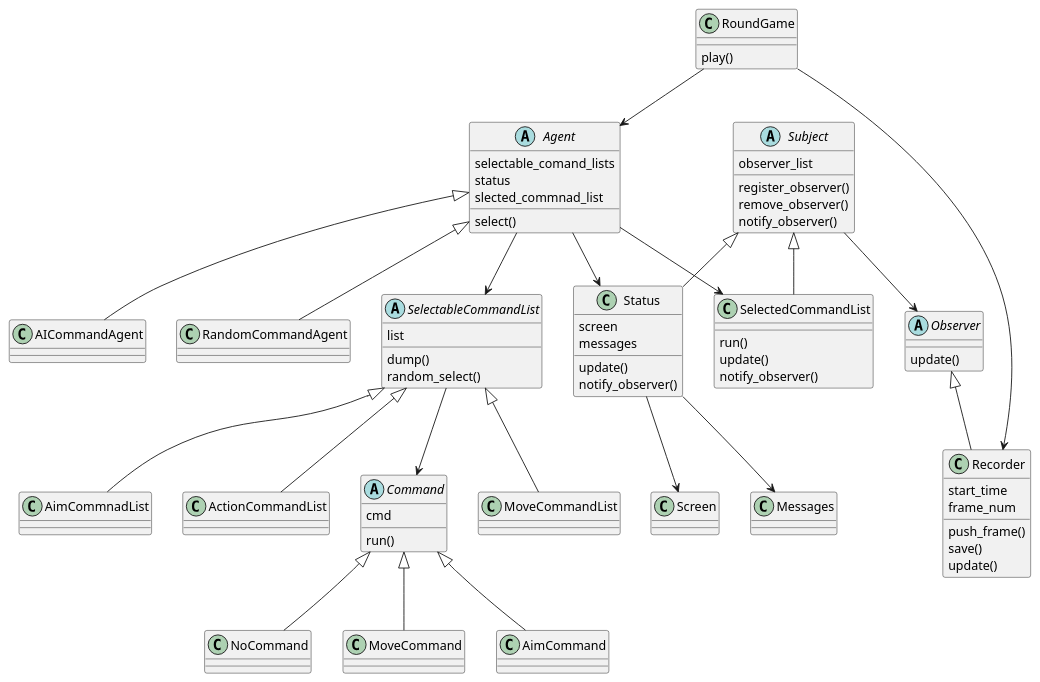
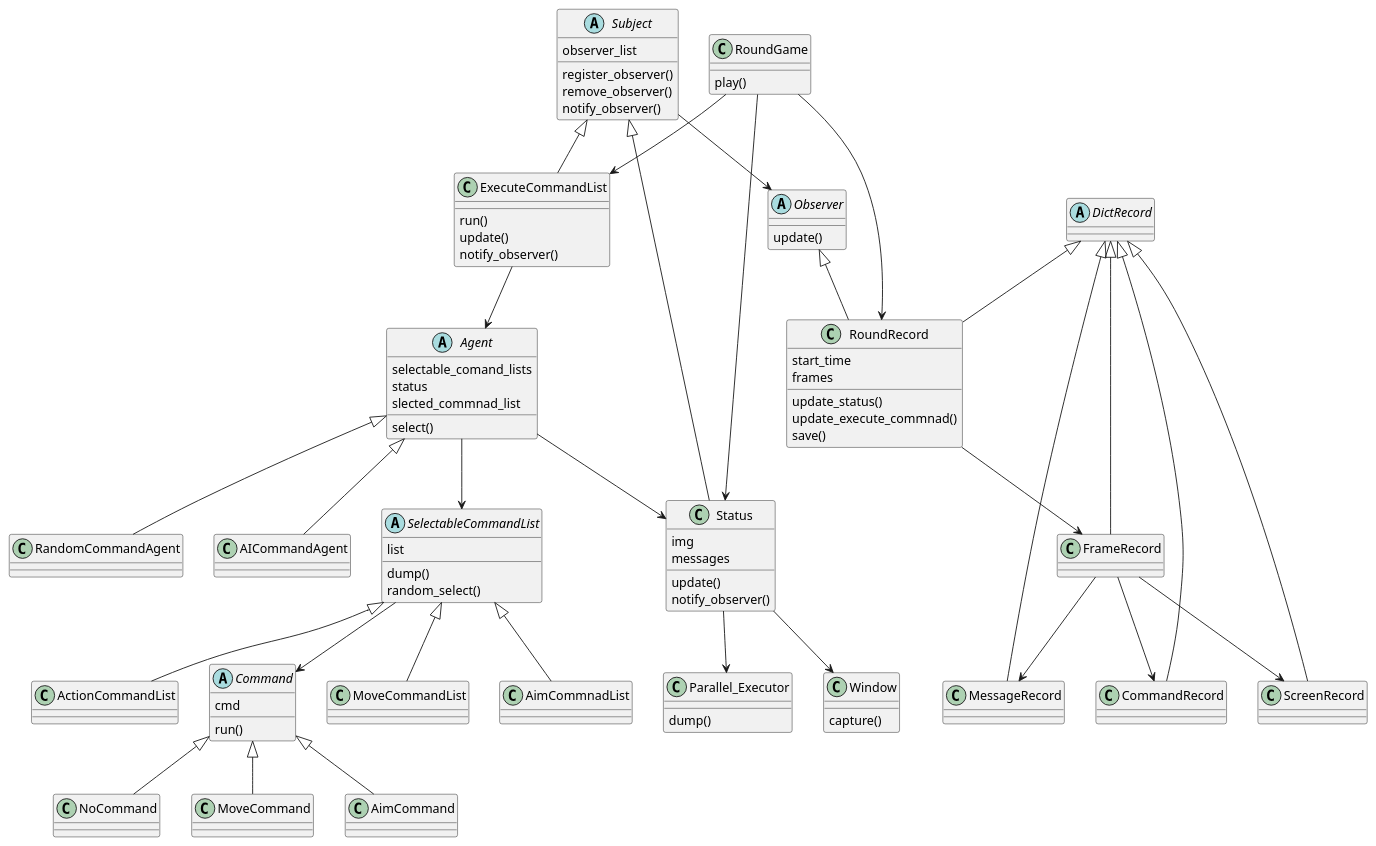
The diagram in src/model/model.plantuml (Tricolor-P/agent), drawn with PlantUML before and after one commit.

Commit message:
model update

```diff
--- a/src/model/model.plantuml
+++ b/src/model/model.plantuml
@@ -1,82 +1,104 @@
 @startuml
 class RoundGame {
   play()
 }
 abstract class Agent {
   selectable_comand_lists
   status
   slected_commnad_list
   select()
 }
 class RandomCommandAgent {
 }
 class AICommandAgent {
 }
 abstract class Observer {
  update()
 }
 abstract class Subject {
  observer_list
  register_observer()
  remove_observer()
  notify_observer()
 }
-class Recorder {
-  start_time
-  frame_num
-  push_frame()
-  save()
-  update()
-}
 abstract class Command {
   cmd
   run()
 }
 class NoCommand {
 }
 class MoveCommand {
 }
 class AimCommand {
 }
 abstract class SelectableCommandList {
  list
  dump()
  random_select()
 }
-class SelectedCommandList{
+class ExecuteCommandList{
  run()
  update()
  notify_observer()
 }
 class Status {
- screen
+ img
  messages
  update()
  notify_observer()
 }
-class Screen {
+class Window {
+  capture()
 }
-class Messages {
+class Parallel_Executor {
+  dump()
 }
+abstract class DictRecord {
+}
+class RoundRecord {
+  start_time
+  frames
+  update_status()
+  update_execute_commnad()
+  save()
+}
+class FrameRecord {
+}
+class ScreenRecord {
+}
+class MessageRecord {
+}
+class CommandRecord {
+}
+DictRecord <|-- RoundRecord
+DictRecord <|-- FrameRecord
+DictRecord <|-- ScreenRecord
+DictRecord <|-- MessageRecord
+DictRecord <|-- CommandRecord
+RoundRecord --> FrameRecord
+FrameRecord --> ScreenRecord
+FrameRecord --> MessageRecord
+FrameRecord --> CommandRecord
 
-Observer <|-- Recorder
-RoundGame --> Agent
-RoundGame --> Recorder
+Observer <|-- RoundRecord
+RoundGame --> ExecuteCommandList
+RoundGame --> Status
+RoundGame --> RoundRecord
 Agent <|-- RandomCommandAgent
 Agent <|-- AICommandAgent
 Agent --> Status
-Agent --> SelectedCommandList
 Agent --> SelectableCommandList
 SelectableCommandList <|-- MoveCommandList
 SelectableCommandList <|-- AimCommnadList
 SelectableCommandList <|-- ActionCommandList
-SelectableCommandList --> Command 
+SelectableCommandList --> Command
+ExecuteCommandList --> Agent
 Command <|-- NoCommand
 Command <|-- MoveCommand
 Command <|-- AimCommand
 Subject <|-- Status
-Subject <|-- SelectedCommandList
+Subject <|-- ExecuteCommandList
 Subject --> Observer
-Status --> Screen
-Status --> Messages
+Status --> Window
+Status --> Parallel_Executor
 @enduml
```
